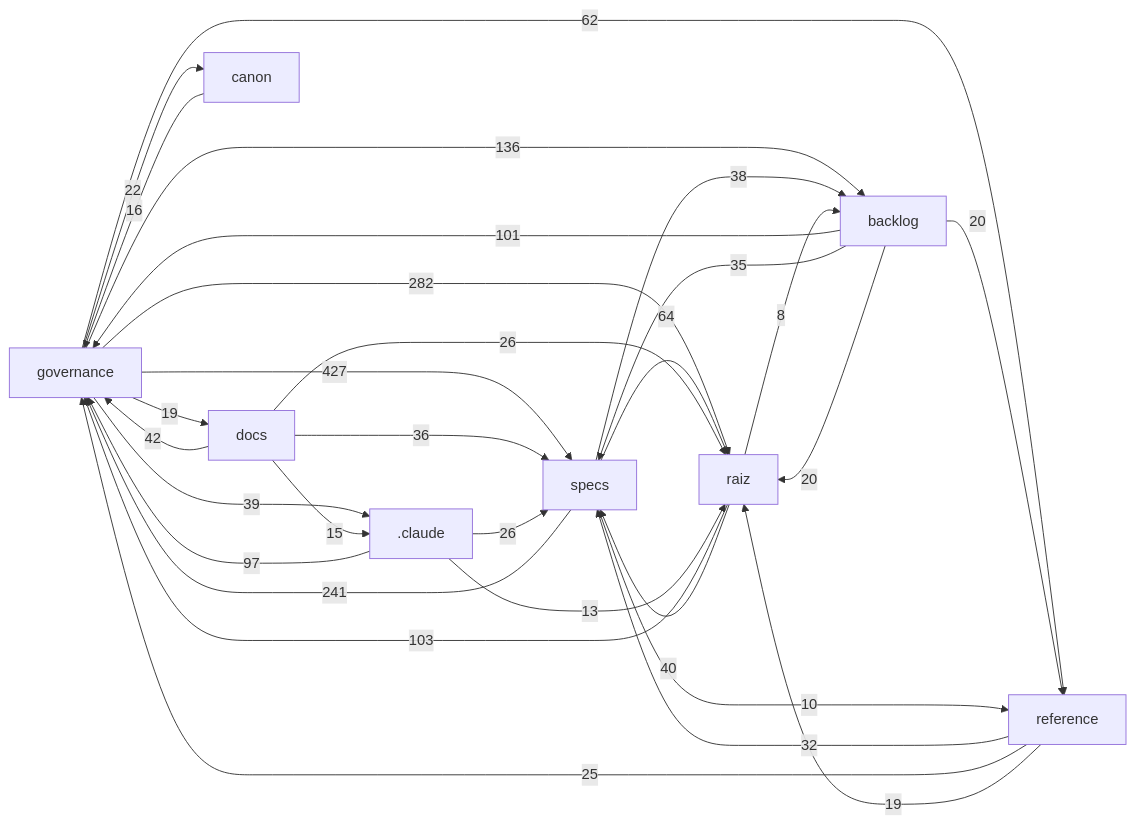
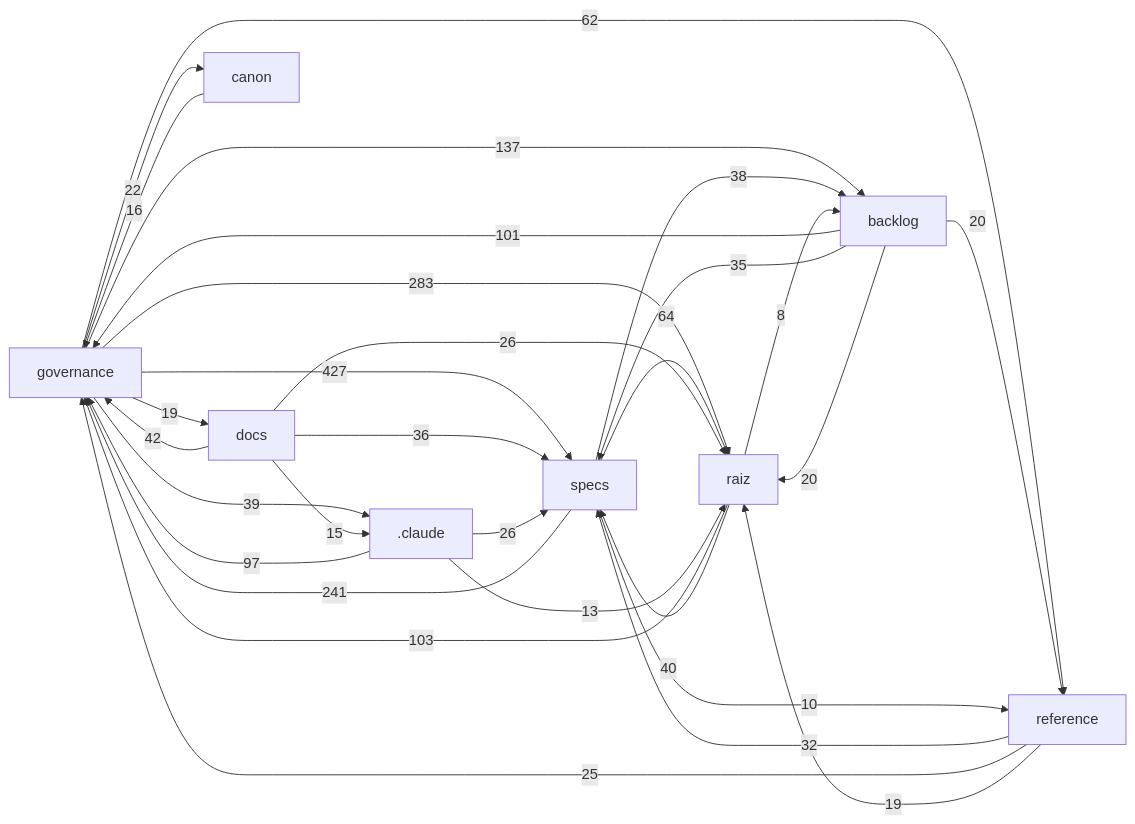
Before and after one commit to Andraus35/Sistema-Operacional-de-Trading--SOT: the diagram in docs/mapa/MAPA-PROJETO.md, drawn with Mermaid. The commit also changed other lines of this file and 7 other files, not shown here.

````diff
--- a/docs/mapa/MAPA-PROJETO.md
+++ b/docs/mapa/MAPA-PROJETO.md
@@ -30,32 +30,32 @@
 ```mermaid
 flowchart LR
   governance["governance"] -->|427| specs["specs"]
-  governance["governance"] -->|282| raiz["raiz"]
+  governance["governance"] -->|283| raiz["raiz"]
   specs["specs"] -->|241| governance["governance"]
-  governance["governance"] -->|136| backlog["backlog"]
+  governance["governance"] -->|137| backlog["backlog"]
   raiz["raiz"] -->|103| governance["governance"]
   backlog["backlog"] -->|101| governance["governance"]
   _claude[".claude"] -->|97| governance["governance"]
   specs["specs"] -->|64| raiz["raiz"]
   governance["governance"] -->|62| reference["reference"]
   docs["docs"] -->|42| governance["governance"]
   raiz["raiz"] -->|40| specs["specs"]
   governance["governance"] -->|39| _claude[".claude"]
   specs["specs"] -->|38| backlog["backlog"]
   docs["docs"] -->|36| specs["specs"]
   backlog["backlog"] -->|35| specs["specs"]
   reference["reference"] -->|32| specs["specs"]
   _claude[".claude"] -->|26| specs["specs"]
   docs["docs"] -->|26| raiz["raiz"]
   reference["reference"] -->|25| governance["governance"]
   governance["governance"] -->|22| canon["canon"]
   backlog["backlog"] -->|20| raiz["raiz"]
   backlog["backlog"] -->|20| reference["reference"]
   governance["governance"] -->|19| docs["docs"]
   reference["reference"] -->|19| raiz["raiz"]
   canon["canon"] -->|16| governance["governance"]
   docs["docs"] -->|15| _claude[".claude"]
   _claude[".claude"] -->|13| raiz["raiz"]
   specs["specs"] -->|10| reference["reference"]
   raiz["raiz"] -->|8| backlog["backlog"]
 ```
````
